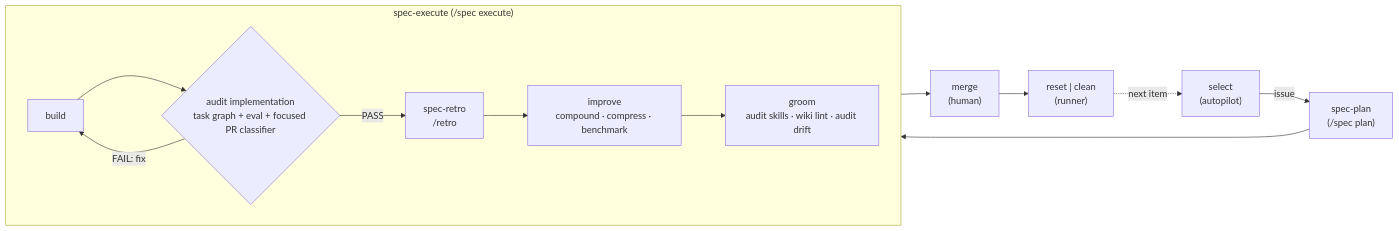
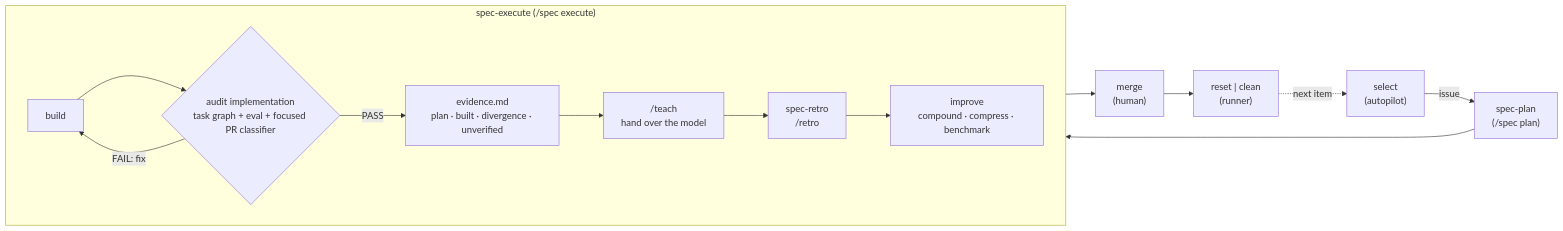
One commit to mifunedev/openharness changed the diagram in AGENTS.md. Above: the diagram before and after it, drawn with Mermaid. The commit also changed other lines of this file and 12 other files, not shown here.

````diff
--- a/AGENTS.md
+++ b/AGENTS.md
@@ -144,16 +144,17 @@
 ```mermaid
 flowchart LR
     SEL["select<br/>(autopilot)"] -->|issue| PLAN["spec-plan<br/>(/spec plan)"]
     PLAN --> BUILD["build"]
     subgraph EXEC["spec-execute (/spec execute)"]
         direction LR
         BUILD --> AUDIT{"audit implementation<br/>task graph + eval + focused PR classifier"}
         AUDIT -->|FAIL: fix| BUILD
-        AUDIT -->|PASS| SRETRO["spec-retro<br/>/retro"]
+        AUDIT -->|PASS| EVID["evidence.md<br/>plan · built · divergence · unverified"]
+        EVID --> TEACH["/teach<br/>hand over the model"]
+        TEACH --> SRETRO["spec-retro<br/>/retro"]
         SRETRO --> IMPROVE["improve<br/>compound · compress · benchmark"]
-        IMPROVE --> GROOM["groom<br/>audit skills · wiki lint · audit drift"]
     end
-    GROOM --> MERGE["merge<br/>(human)"]
+    IMPROVE --> MERGE["merge<br/>(human)"]
     MERGE --> RESET["reset | clean<br/>(runner)"]
     RESET -.->|next item| SEL
 ```
````
